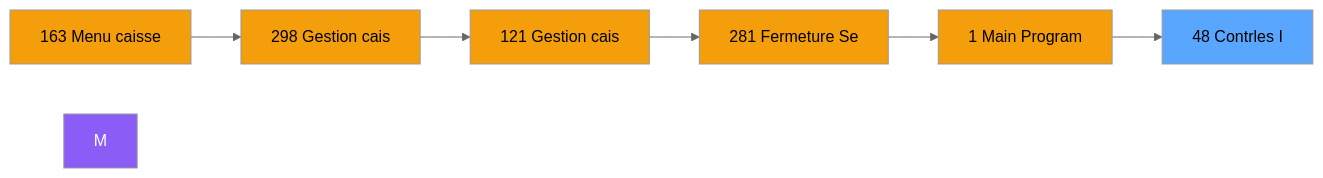
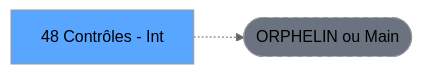
Before and after one commit to thonyAGP/lecteur-magic: the second of 3 diagrams in .openspec/renders/ADH-IDE-48.md, drawn with Mermaid (neutral theme). The commit also changed other lines of this file and 701 other files, not shown here.

````diff
--- a/.openspec/renders/ADH-IDE-48.md
+++ b/.openspec/renders/ADH-IDE-48.md
@@ -123,21 +123,8 @@
 ```mermaid
 graph LR
-    N163[163 Menu caisse ]
-    N298[298 Gestion cais]
-    N121[121 Gestion cais]
-    N281[281 Fermeture Se]
-    N1[1 Main Program]
-    T[48 Contrles   I]
-    N163 --> N298
-    N298 --> N121
-    N121 --> N281
-    N281 --> N1
-    N1 --> T
-    style M fill:#8b5cf6,color:#fff
-    style N163 fill:#f59e0b
-    style N298 fill:#f59e0b
-    style N121 fill:#f59e0b
-    style N281 fill:#f59e0b
-    style N1 fill:#f59e0b
+    T[48 Contrôles - Int]
+    ORPHAN([ORPHELIN ou Main])
+    T -.-> ORPHAN
     style T fill:#58a6ff,color:#000
+    style ORPHAN fill:#6b7280,stroke-dasharray: 5 5
 ```
````
